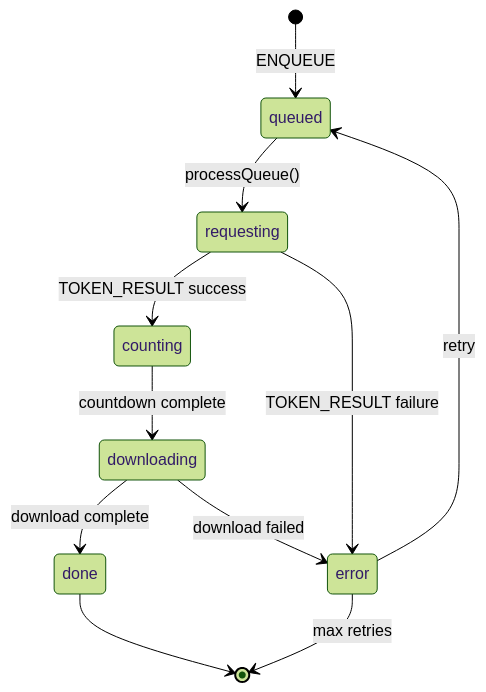
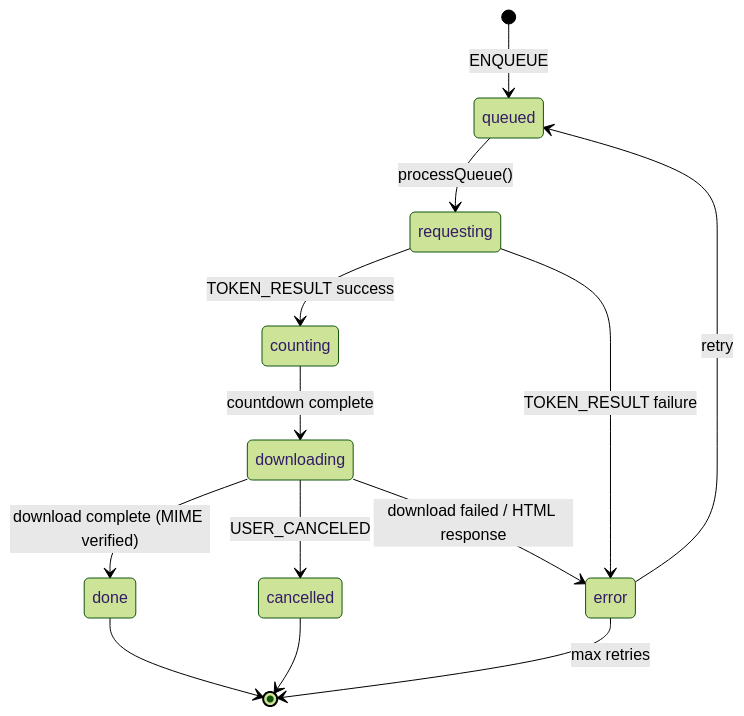
The third of 6 diagrams in docs/ARCHITECTURE.md (RicherTunes/ygg-helper-dl), drawn with Mermaid (forest theme) before and after one commit. The commit also changed other lines of this file and 1 other file, not shown here.

````diff
--- a/docs/ARCHITECTURE.md
+++ b/docs/ARCHITECTURE.md
@@ -88,13 +88,15 @@
 ```mermaid
 stateDiagram-v2
     [*] --> queued: ENQUEUE
     queued --> requesting: processQueue()
     requesting --> counting: TOKEN_RESULT success
     requesting --> error: TOKEN_RESULT failure
     counting --> downloading: countdown complete
-    downloading --> done: download complete
-    downloading --> error: download failed
+    downloading --> done: download complete (MIME verified)
+    downloading --> cancelled: USER_CANCELED
+    downloading --> error: download failed / HTML response
     error --> queued: retry
     done --> [*]
+    cancelled --> [*]
     error --> [*]: max retries
 ```
````
